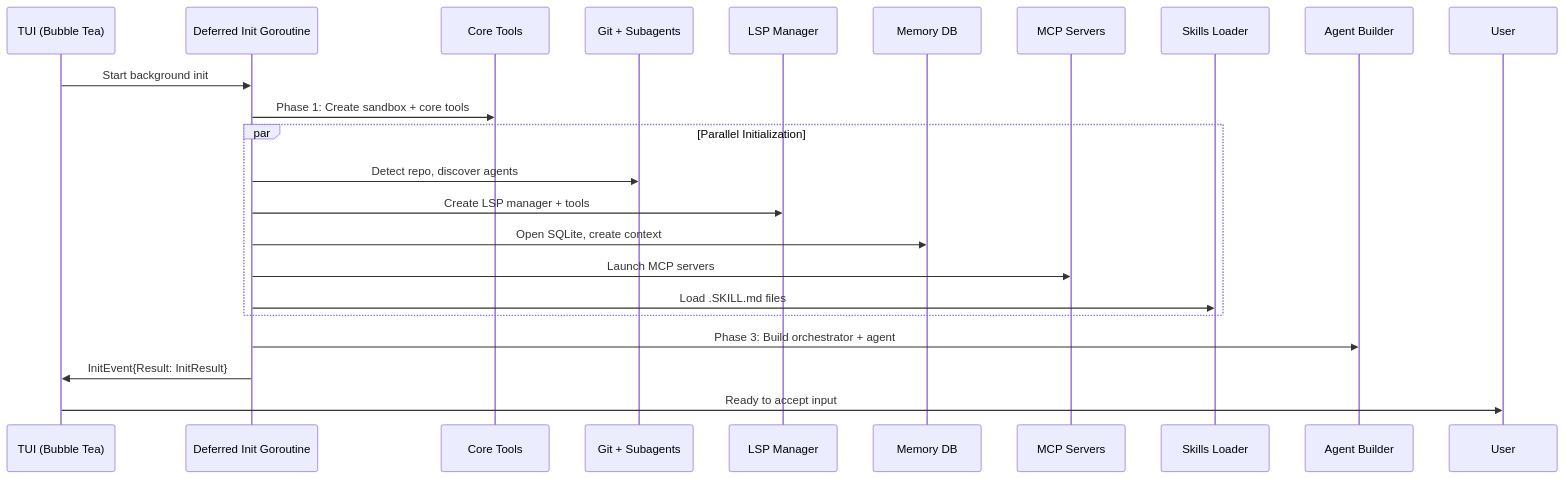
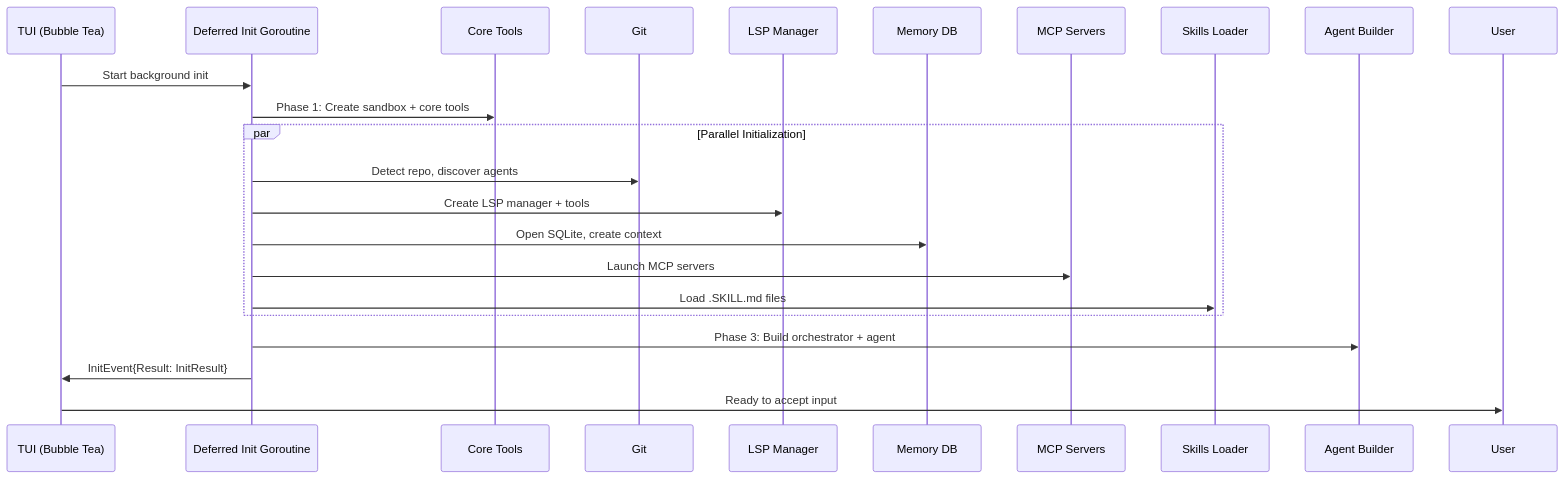
Before and after one commit to Pizzaface/pi-go: the eighth of 15 diagrams in ARCHITECTURE.md, drawn with Mermaid. The commit also changed other lines of this file and 53 other files, not shown here.

````diff
--- a/ARCHITECTURE.md
+++ b/ARCHITECTURE.md
@@ -423,25 +378,25 @@
 ```mermaid
 sequenceDiagram
     participant TUI as TUI (Bubble Tea)
     participant Init as Deferred Init Goroutine
     participant Tools as Core Tools
-    participant Git as Git + Subagents
+    participant Git as Git
     participant LSP as LSP Manager
     participant Mem as Memory DB
     participant MCP as MCP Servers
     participant Skills as Skills Loader
     participant Agent as Agent Builder
 
     TUI->>Init: Start background init
     Init->>Tools: Phase 1: Create sandbox + core tools
     par Parallel Initialization
         Init->>Git: Detect repo, discover agents
         Init->>LSP: Create LSP manager + tools
         Init->>Mem: Open SQLite, create context
         Init->>MCP: Launch MCP servers
         Init->>Skills: Load .SKILL.md files
     end
     Init->>Agent: Phase 3: Build orchestrator + agent
     Init->>TUI: InitEvent{Result: InitResult}
     TUI->>User: Ready to accept input
 ```
````
